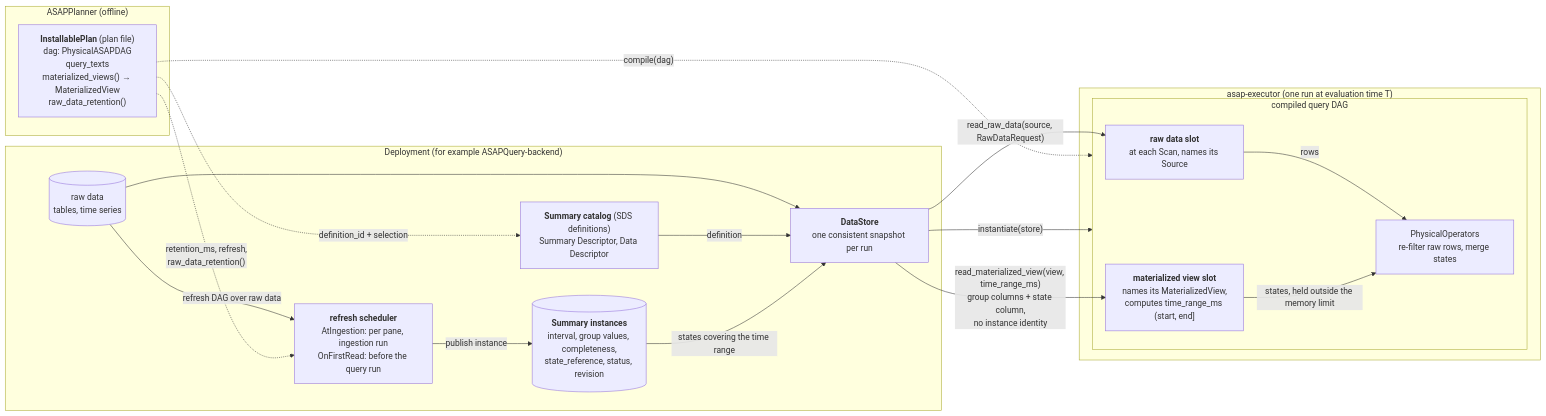
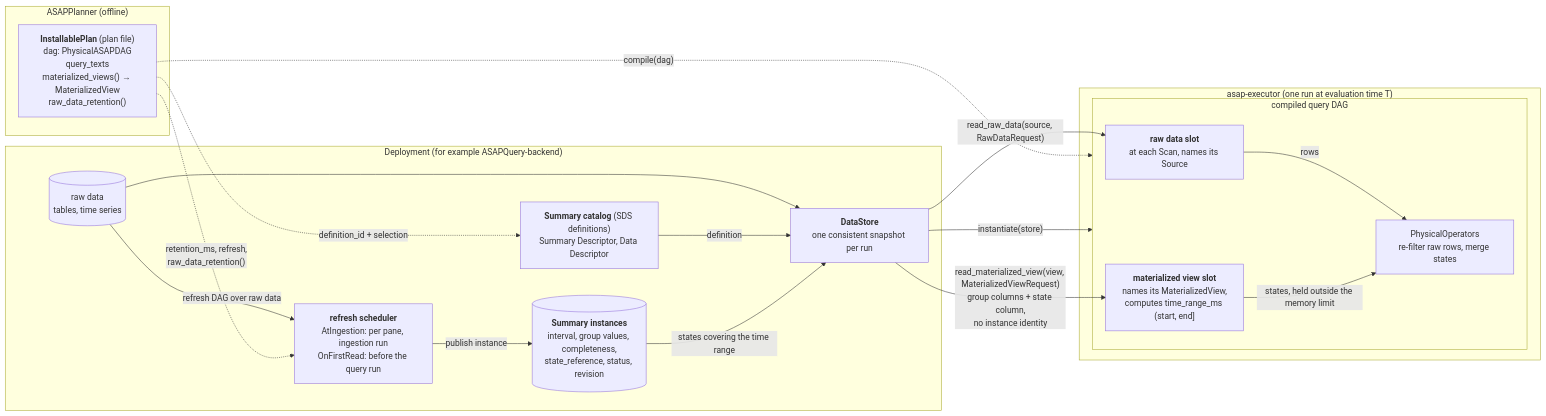
Before and after one commit to ProjectASAP/ASAPPlanner: the diagram in docs/design_docs/proposals/data-store.md, drawn with Mermaid. The commit also changed other lines of this file, not shown here.

Commit message:
docs(proposal): read_materialized_view takes a MaterializedViewRequest, like read_raw_data

````diff
--- a/docs/design_docs/proposals/data-store.md
+++ b/docs/design_docs/proposals/data-store.md
@@ -56,36 +56,36 @@
 ```mermaid
 flowchart LR
     subgraph planner["ASAPPlanner (offline)"]
         IP["<b>InstallablePlan</b> (plan file)<br/>dag: PhysicalASAPDAG<br/>query_texts<br/>materialized_views() → MaterializedView<br/>raw_data_retention()"]
     end
 
     subgraph executor["asap-executor (one run at evaluation time T)"]
         subgraph cdag["compiled query DAG"]
             TS["<b>raw data slot</b><br/>at each Scan, names its Source"]
             VS["<b>materialized view slot</b><br/>names its MaterializedView,<br/>computes time_range_ms (start, end]"]
             OPS["PhysicalOperators<br/>re-filter raw rows, merge states"]
         end
         TS -->|"rows"| OPS
         VS -->|"states, held outside the memory limit"| OPS
     end
 
     subgraph deployment["Deployment (for example ASAPQuery-backend)"]
         DST["<b>DataStore</b><br/>one consistent snapshot per run"]
         RAW[("raw data<br/>tables, time series")]
         CAT["<b>Summary catalog</b> (SDS definitions)<br/>Summary Descriptor, Data Descriptor"]
         INST[("<b>Summary instances</b><br/>interval, group values, completeness,<br/>state_reference, status, revision")]
         REF["<b>refresh scheduler</b><br/>AtIngestion: per pane, ingestion run<br/>OnFirstRead: before the query run"]
         RAW --> DST
         CAT -->|"definition"| DST
         INST -->|"states covering the time range"| DST
         RAW -->|"refresh DAG over raw data"| REF
         REF -->|"publish instance"| INST
     end
 
     IP -.->|"compile(dag)"| cdag
     IP -.->|"definition_id + selection"| CAT
     IP -.->|"retention_ms, refresh,<br/>raw_data_retention()"| REF
     DST -->|"instantiate(store)"| cdag
     DST -->|"read_raw_data(source, RawDataRequest)"| TS
-    DST -->|"read_materialized_view(view, time_range_ms)<br/>group columns + state column,<br/>no instance identity"| VS
+    DST -->|"read_materialized_view(view, MaterializedViewRequest)<br/>group columns + state column,<br/>no instance identity"| VS
 ```
````
